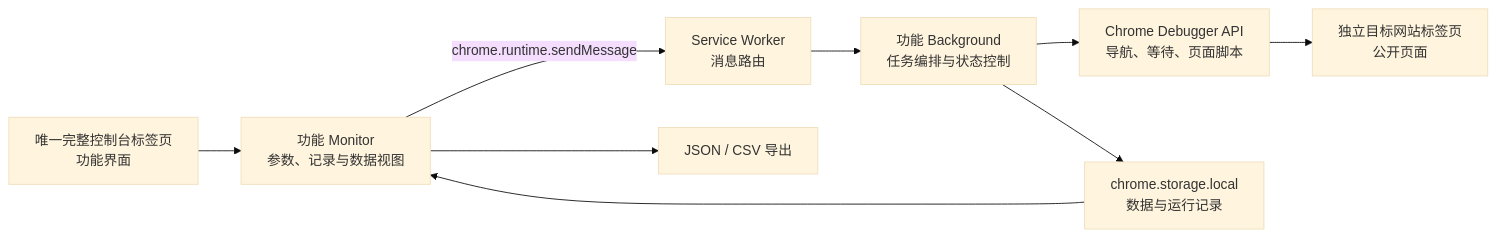
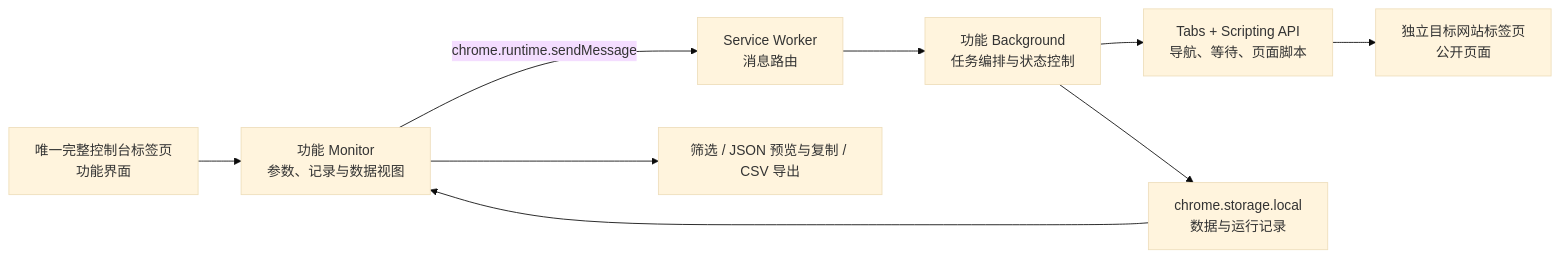
One commit to codes2ai/BrowserCoreClaw changed the diagram in README.md. Above: the diagram before and after it, drawn with Mermaid (base theme). The commit also changed other lines of this file and 37 other files, not shown here.

````diff
--- a/README.md
+++ b/README.md
@@ -50,11 +50,11 @@
 ```mermaid
 flowchart LR
   A[唯一完整控制台标签页<br/>功能界面] --> B[功能 Monitor<br/>参数、记录与数据视图]
   B -->|chrome.runtime.sendMessage| C[Service Worker<br/>消息路由]
   C --> D[功能 Background<br/>任务编排与状态控制]
-  D --> E[Chrome Debugger API<br/>导航、等待、页面脚本]
+  D --> E[Tabs + Scripting API<br/>导航、等待、页面脚本]
   E --> F[独立目标网站标签页<br/>公开页面]
   D --> G[chrome.storage.local<br/>数据与运行记录]
   G --> B
-  B --> H[JSON / CSV 导出]
+  B --> H[筛选 / JSON 预览与复制 / CSV 导出]
 ```
````
